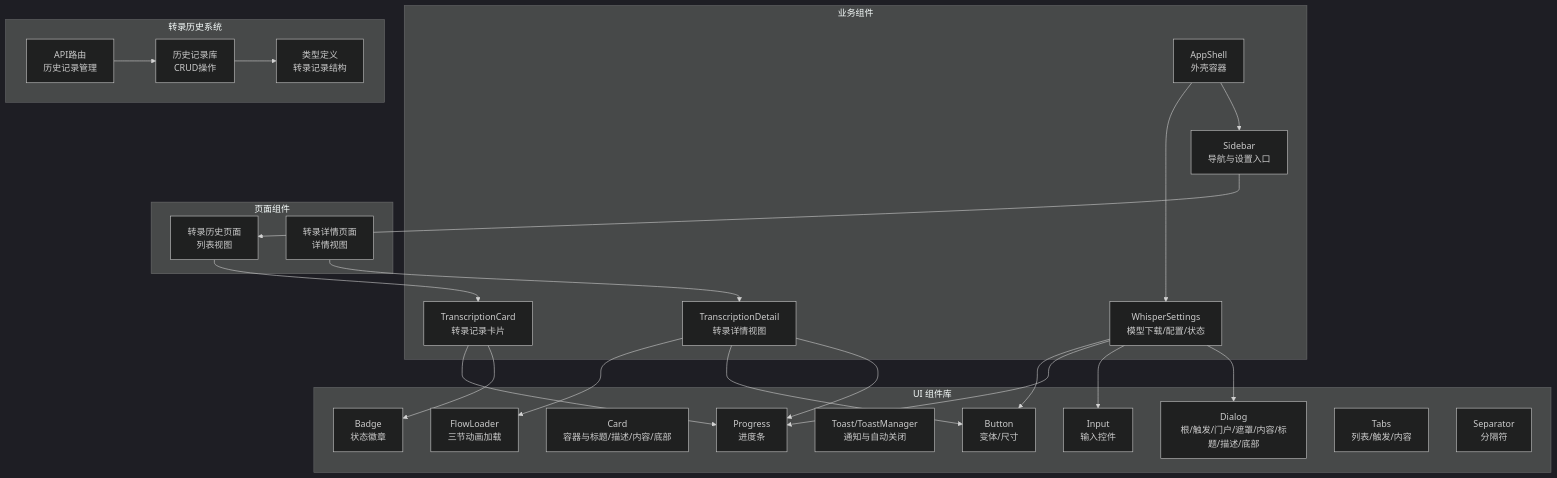
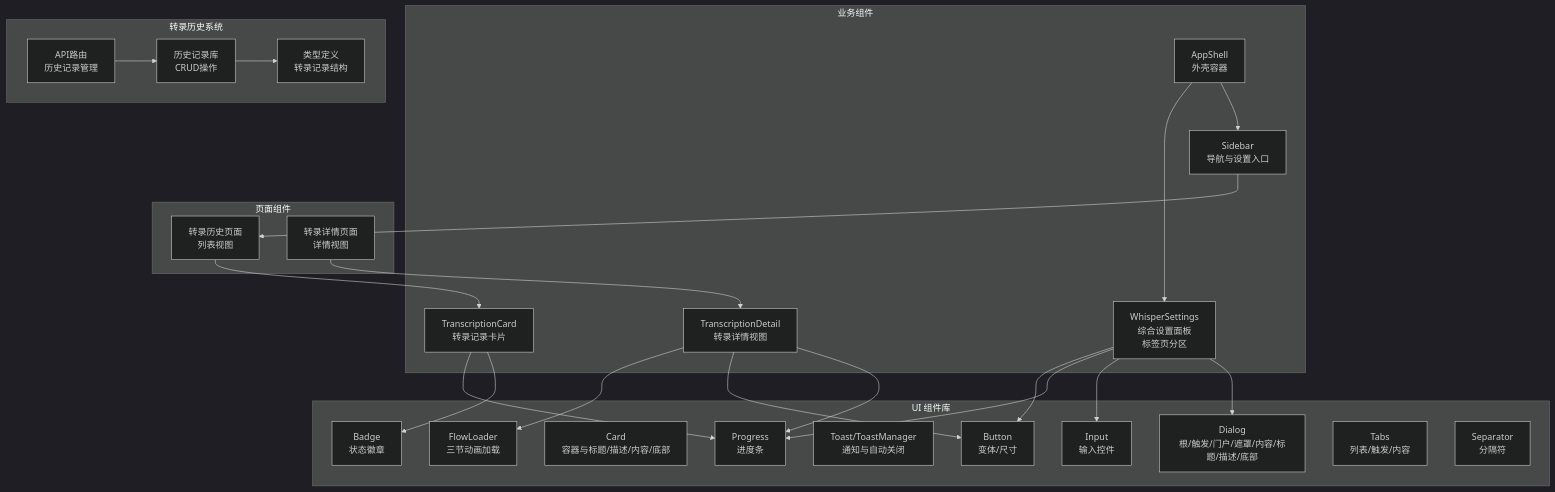
The first of 17 diagrams in .qoder/repowiki/zh/content/UI 组件系统/UI 组件系统.md (clawbotai/memo-flow), drawn with Mermaid (dark theme) before and after one commit. The commit also changed other lines of this file and 14 other files, not shown here.

````diff
--- a/.qoder/repowiki/zh/content/UI 组件系统/UI 组件系统.md
+++ b/.qoder/repowiki/zh/content/UI 组件系统/UI 组件系统.md
@@ -65,47 +71,47 @@
 ```mermaid
 graph TB
 subgraph "UI 组件库"
 btn["Button<br/>变体/尺寸"]
 inp["Input<br/>输入控件"]
 card["Card<br/>容器与标题/描述/内容/底部"]
 dlg["Dialog<br/>根/触发/门户/遮罩/内容/标题/描述/底部"]
 toast["Toast/ToastManager<br/>通知与自动关闭"]
 badge["Badge<br/>状态徽章"]
 fl["FlowLoader<br/>三节动画加载"]
 prog["Progress<br/>进度条"]
 tabs["Tabs<br/>列表/触发/内容"]
 sep["Separator<br/>分隔符"]
 end
 subgraph "业务组件"
 appshell["AppShell<br/>外壳容器"]
 sidebar["Sidebar<br/>导航与设置入口"]
-whisper["WhisperSettings<br/>模型下载/配置/状态"]
+whisper["WhisperSettings<br/>综合设置面板<br/>标签页分区"]
 transcard["TranscriptionCard<br/>转录记录卡片"]
 transdetail["TranscriptionDetail<br/>转录详情视图"]
 end
 subgraph "转录历史系统"
 historyapi["API路由<br/>历史记录管理"]
 historylib["历史记录库<br/>CRUD操作"]
 types["类型定义<br/>转录记录结构"]
 end
 subgraph "页面组件"
 transpage["转录历史页面<br/>列表视图"]
 transdetailpage["转录详情页面<br/>详情视图"]
 end
 appshell --> sidebar
 appshell --> whisper
 sidebar --> transpage
 transpage --> transcard
 transdetailpage --> transdetail
 whisper --> dlg
 whisper --> inp
 whisper --> prog
 whisper --> btn
 transcard --> badge
 transcard --> prog
 transdetail --> prog
 transdetail --> btn
 transdetail --> fl
 historyapi --> historylib
 historylib --> types
 ```
````
